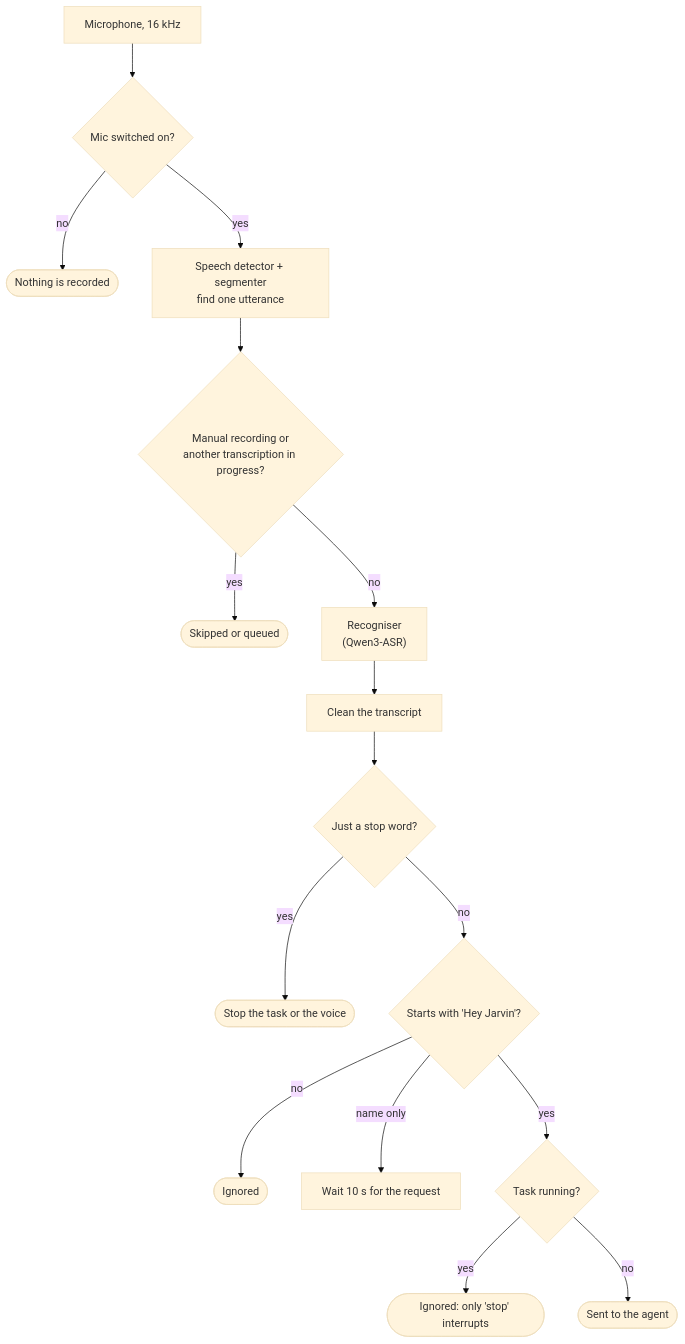
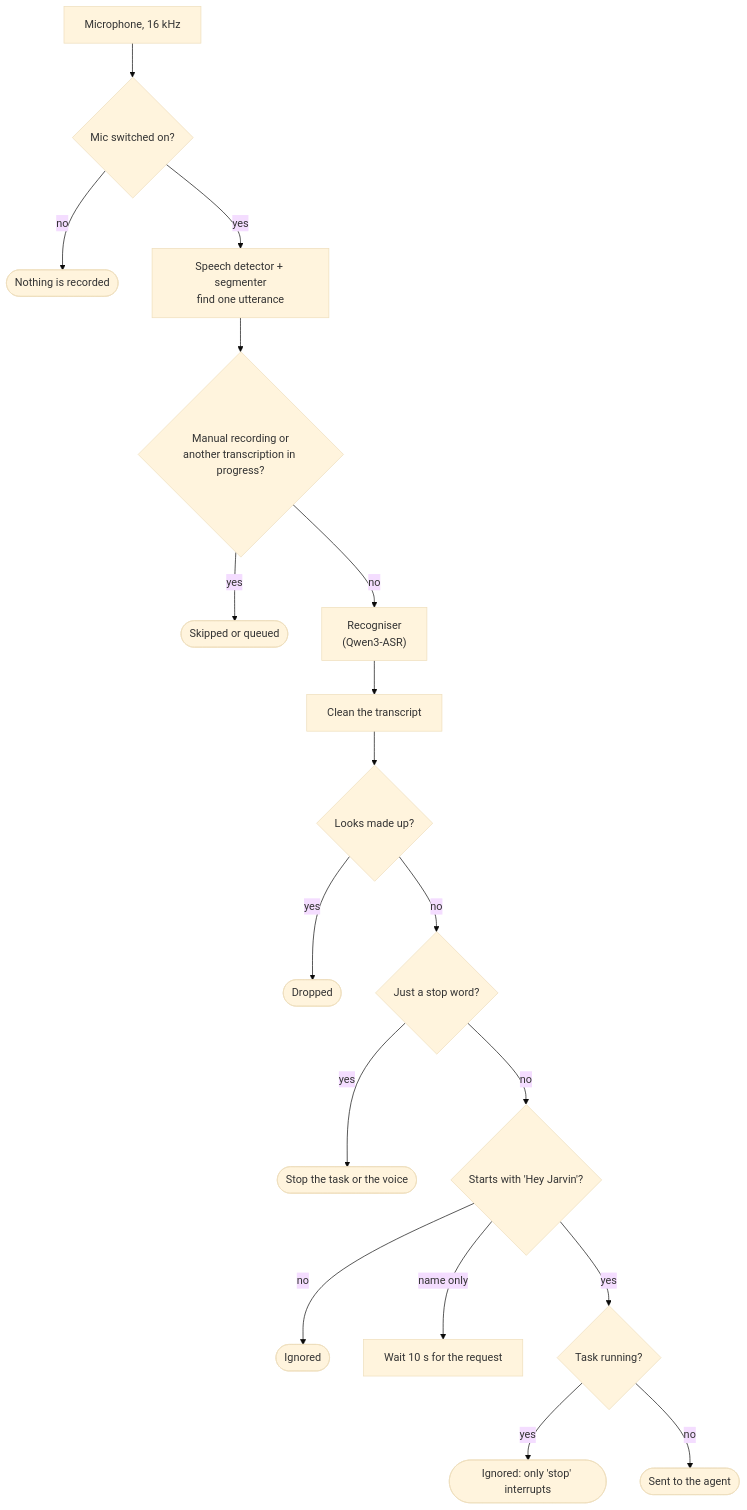
One commit to Navaz-Chilakala/jarvin changed the seventh of 8 diagrams in docs/JARVIN-TECHNICAL-GUIDE.md. Above: the diagram before and after it, drawn with Mermaid (base theme). The commit also changed other lines of this file and 7 other files, not shown here.

````diff
--- a/docs/JARVIN-TECHNICAL-GUIDE.md
+++ b/docs/JARVIN-TECHNICAL-GUIDE.md
@@ -526,18 +526,20 @@
 ```mermaid
 flowchart TD
     Mic[Microphone, 16 kHz] --> Sw{Mic switched on?}
     Sw -->|no| Idle([Nothing is recorded])
     Sw -->|yes| Seg["Speech detector + segmenter<br/>find one utterance"]
     Seg --> Busy{"Manual recording or<br/>another transcription in progress?"}
     Busy -->|yes| Skip([Skipped or queued])
     Busy -->|no| STT["Recogniser<br/>(Qwen3-ASR)"]
     STT --> Clean[Clean the transcript]
-    Clean --> Stop{"Just a stop word?"}
+    Clean --> Junk{"Looks made up?"}
+    Junk -->|yes| Drop([Dropped])
+    Junk -->|no| Stop{"Just a stop word?"}
     Stop -->|yes| DoStop([Stop the task or the voice])
     Stop -->|no| Name{"Starts with 'Hey Jarvin'?"}
     Name -->|"no"| Ign([Ignored])
     Name -->|"name only"| Arm["Wait 10 s for the request"]
     Name -->|"yes"| Act{Task running?}
     Act -->|yes| Ign2(["Ignored: only 'stop' interrupts"])
     Act -->|no| Run([Sent to the agent])
 ```
````
